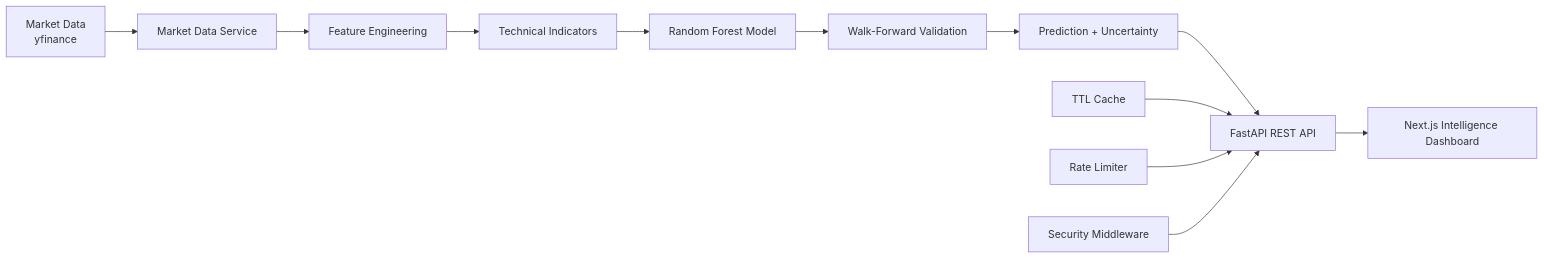
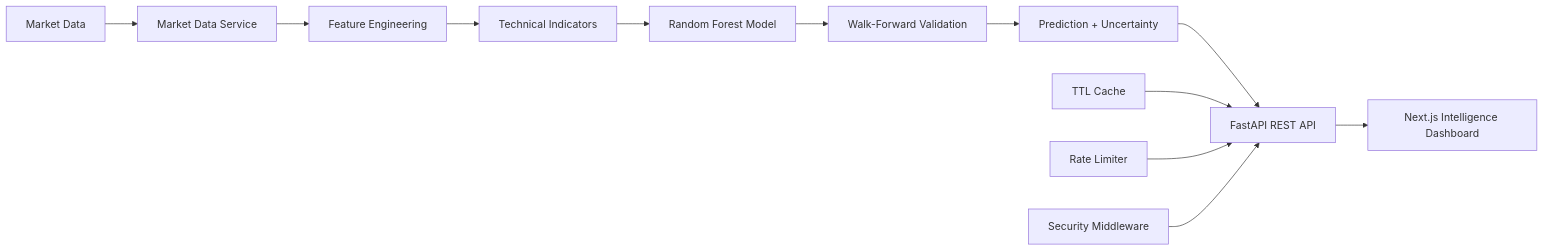
The diagram in README.md (hack2ai/ai-stock-predictor), drawn with Mermaid before and after one commit. The commit also changed other lines of this file, not shown here.

````diff
--- a/README.md
+++ b/README.md
@@ -105,15 +51,15 @@
 ```mermaid
 flowchart LR
-    A[Market Data<br/>yfinance] --> B[Market Data Service]
+    A[Market Data] --> B[Market Data Service]
     B --> C[Feature Engineering]
     C --> D[Technical Indicators]
     D --> E[Random Forest Model]
     E --> F[Walk-Forward Validation]
     F --> G[Prediction + Uncertainty]
     G --> H[FastAPI REST API]
     H --> I[Next.js Intelligence Dashboard]
 
     J[TTL Cache] --> H
     K[Rate Limiter] --> H
     L[Security Middleware] --> H
 ```
````
